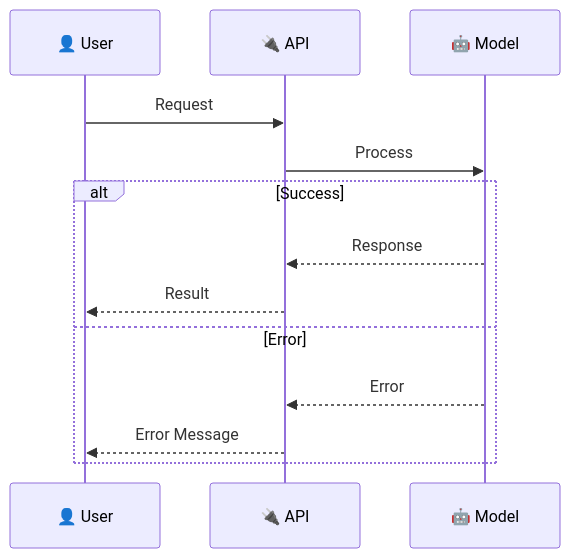
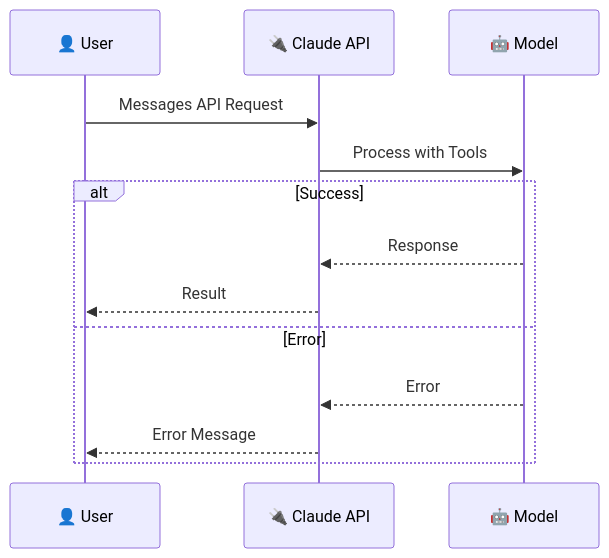
One commit to takech9203/anthropic-news-summary changed the third of 3 diagrams in CLAUDE.md. Above: the diagram before and after it, drawn with Mermaid. The commit also changed other lines of this file, not shown here.

First line of the commit message:
docs: improve Mermaid diagram templates with better styling

````diff
--- a/CLAUDE.md
+++ b/CLAUDE.md
@@ -274,16 +288,16 @@
 ```mermaid
 sequenceDiagram
     participant U as 👤 User
-    participant A as 🔌 API
+    participant A as 🔌 Claude API
     participant M as 🤖 Model
 
-    U->>A: Request
-    A->>M: Process
+    U->>A: Messages API Request
+    A->>M: Process with Tools
     alt Success
         M-->>A: Response
         A-->>U: Result
     else Error
         M-->>A: Error
         A-->>U: Error Message
     end
 ```
````
